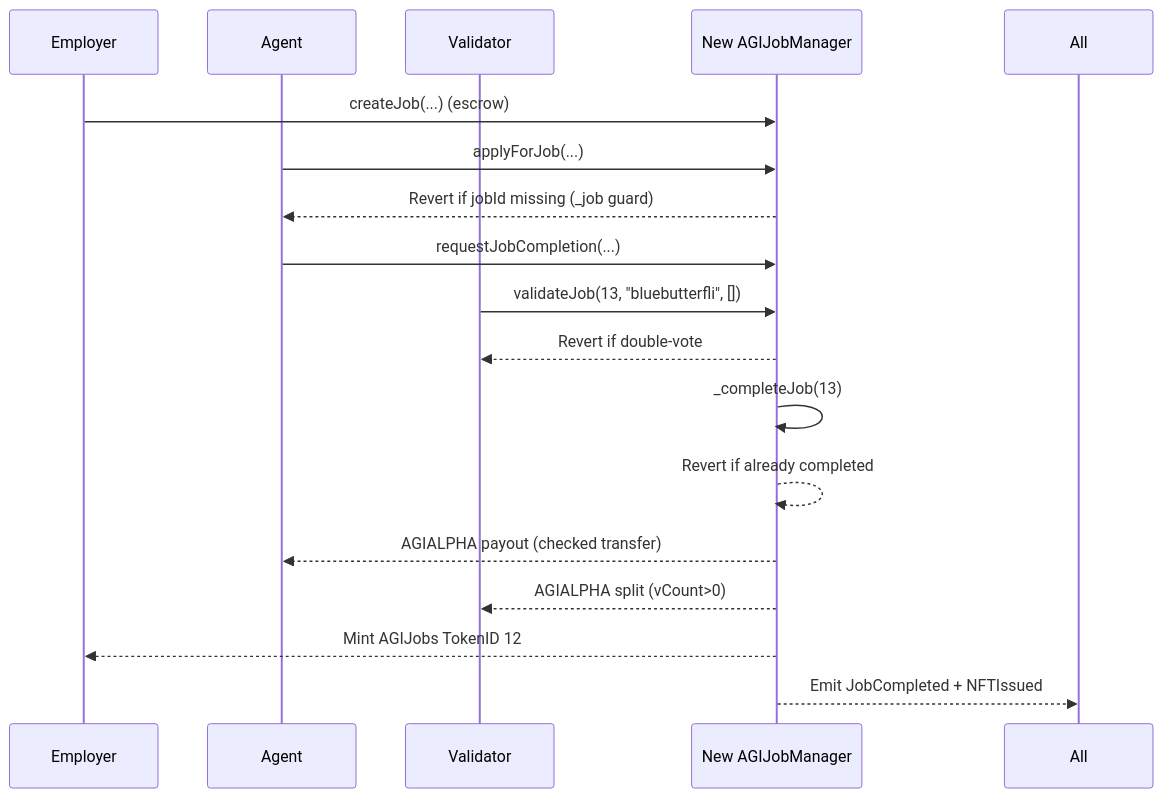
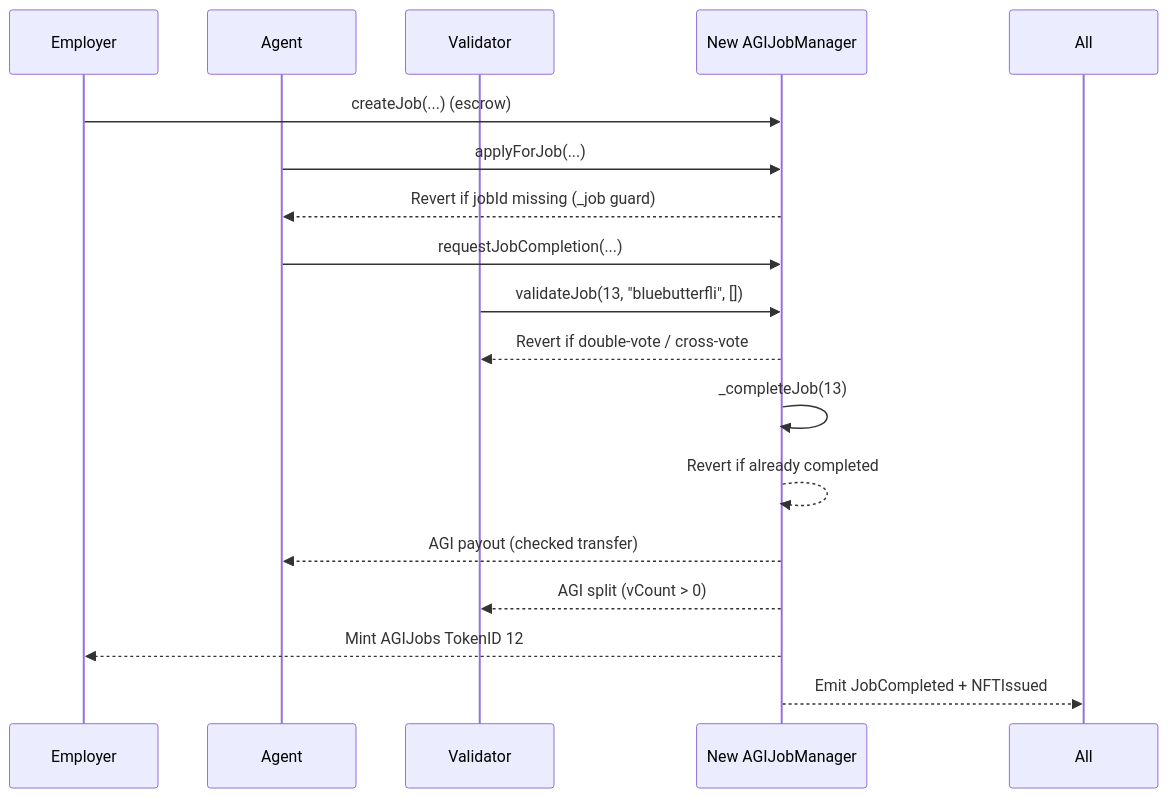
The second of 2 diagrams in docs/case-studies/LEGACY_AGI_JOB_12_VS_NEW.md (MontrealAI/AGIJobManager), drawn with Mermaid before and after one commit. The commit also changed other lines of this file and 1 other file, not shown here.

````diff
--- a/docs/case-studies/LEGACY_AGI_JOB_12_VS_NEW.md
+++ b/docs/case-studies/LEGACY_AGI_JOB_12_VS_NEW.md
@@ -164,20 +173,20 @@
 ```mermaid
 sequenceDiagram
     participant Employer
     participant Agent
     participant Validator
     participant New as New AGIJobManager
 
     Employer->>New: createJob(...) (escrow)
     Agent->>New: applyForJob(...)
     New-->>Agent: Revert if jobId missing (_job guard)
     Agent->>New: requestJobCompletion(...)
     Validator->>New: validateJob(13, "bluebutterfli", [])
-    New-->>Validator: Revert if double‑vote
+    New-->>Validator: Revert if double‑vote / cross‑vote
     New->>New: _completeJob(13)
     New-->>New: Revert if already completed
-    New-->>Agent: AGIALPHA payout (checked transfer)
-    New-->>Validator: AGIALPHA split (vCount>0)
+    New-->>Agent: AGI payout (checked transfer)
+    New-->>Validator: AGI split (vCount > 0)
     New-->>Employer: Mint AGIJobs TokenID 12
     New-->>All: Emit JobCompleted + NFTIssued
 ```
````
